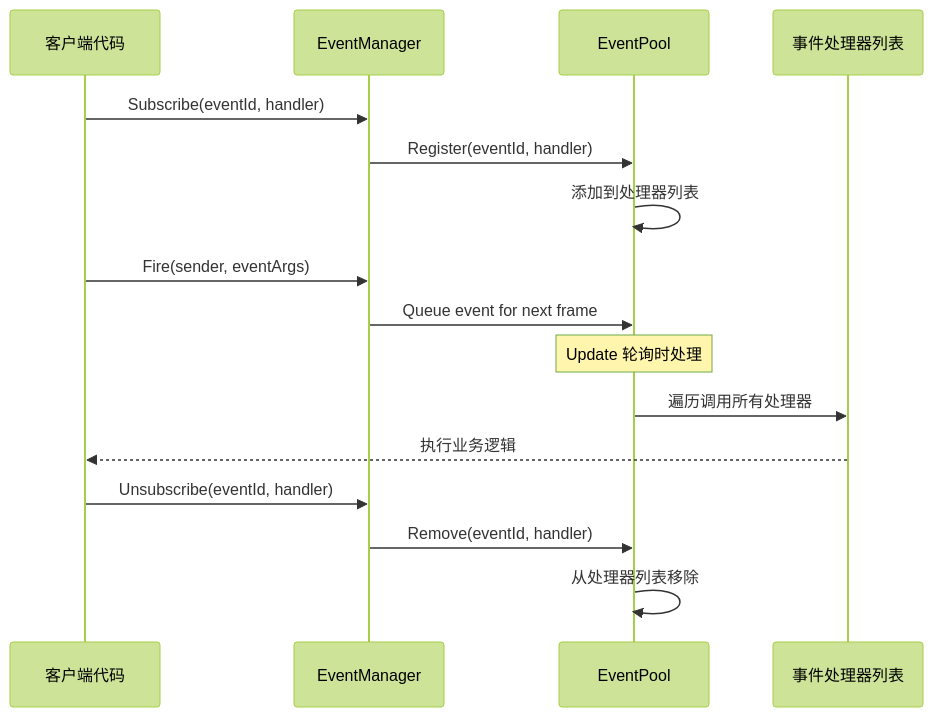
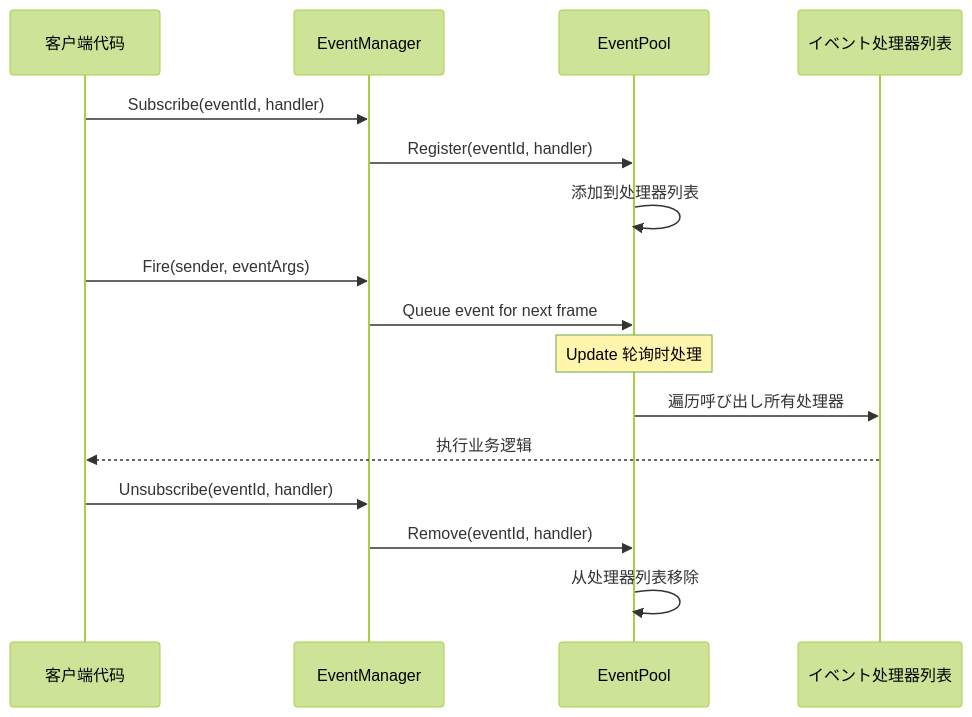
Before and after one commit to AlianBlank/GameFrameX.Docs: the second of 3 diagrams in docs/ja/client/unity/component/event/06.event-manager.md, drawn with Mermaid (forest theme). The commit also changed other lines of this file and 603 other files, not shown here.

````diff
--- a/docs/ja/client/unity/component/event/06.event-manager.md
+++ b/docs/ja/client/unity/component/event/06.event-manager.md
@@ -59,22 +59,22 @@
 ```mermaid
 sequenceDiagram
     participant Client as 客户端代码
     participant EM as EventManager
     participant Pool as EventPool
-    participant Handlers as 事件处理器列表
+    participant Handlers as イベント处理器列表
     
     Client->>EM: Subscribe(eventId, handler)
     EM->>Pool: Register(eventId, handler)
     Pool->>Pool: 添加到处理器列表
     
     Client->>EM: Fire(sender, eventArgs)
     EM->>Pool: Queue event for next frame
     Note over Pool: Update 轮询时处理
     
-    Pool->>Handlers: 遍历调用所有处理器
+    Pool->>Handlers: 遍历呼び出し所有处理器
     Handlers-->>Client: 执行业务逻辑
     
     Client->>EM: Unsubscribe(eventId, handler)
     EM->>Pool: Remove(eventId, handler)
     Pool->>Pool: 从处理器列表移除
 ```
````
